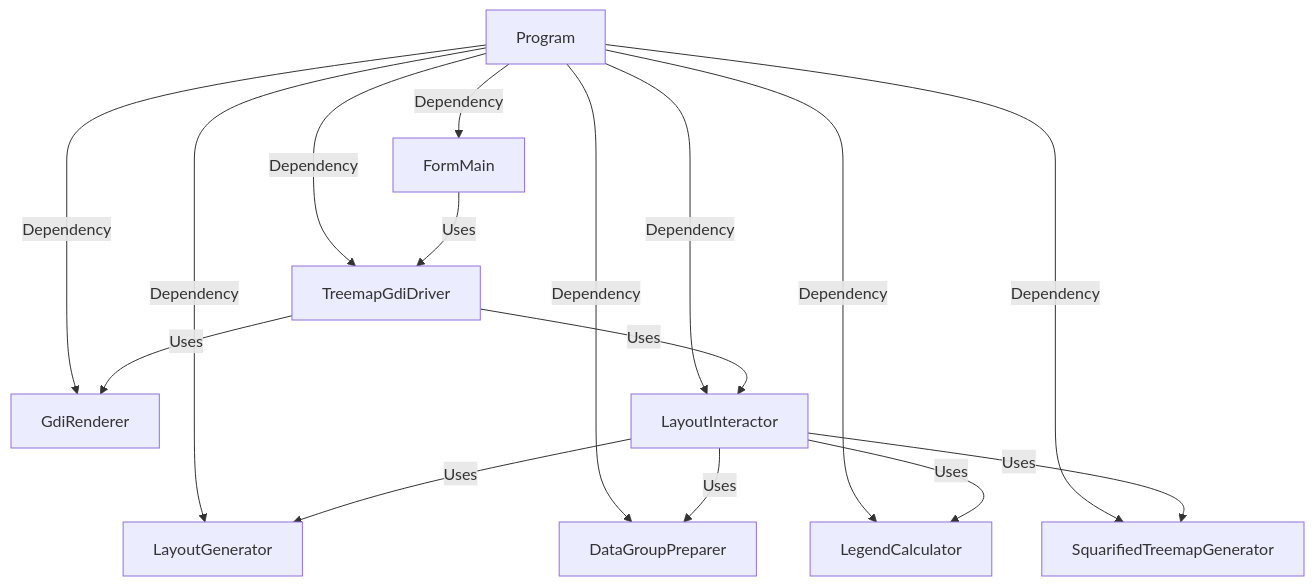
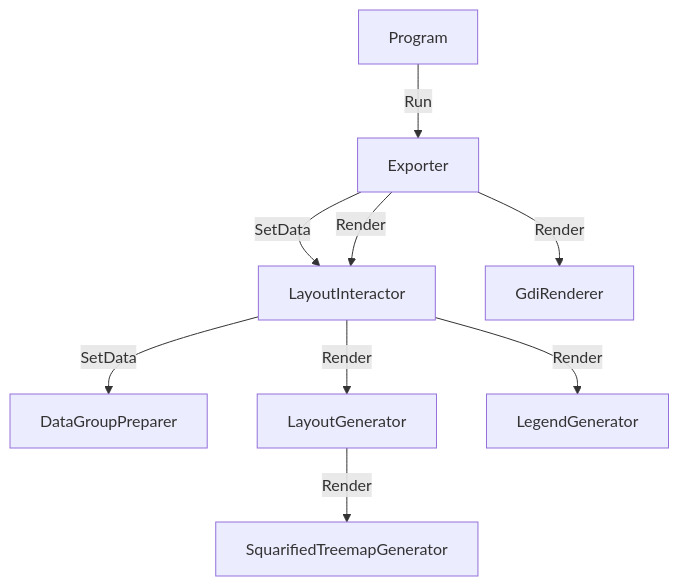
One commit to panda728/SquarifiedTreemapLayers changed the second of 2 diagrams in README.md. Above: the diagram before and after it, drawn with Mermaid. The commit also changed other lines of this file and 6 other files, not shown here.

````diff
--- a/README.md
+++ b/README.md
@@ -66,18 +59,11 @@
 ```mermaid
-graph TD;
-A[Program] -->|Dependency| B[FormMain] 
-A -->|Dependency| C[TreemapGdiDriver<T>] 
-A -->|Dependency| D[GdiRenderer] 
-A -->|Dependency| E[LayoutInteractor<T>] 
-A -->|Dependency| F[LayoutGenerator<T>] 
-A -->|Dependency| G[DataGroupPreparer<T>] 
-A -->|Dependency| H[LegendCalculator] 
-A -->|Dependency| I[SquarifiedTreemapGenerator]
-B -->|Uses| C
-C -->|Uses| D
-C -->|Uses| E
-E -->|Uses| F
-E -->|Uses| G
-E -->|Uses| H
-E -->|Uses| I
+graph TD 
+A[Program] -->|Run| B[Exporter] 
+B -->|SetData| C[LayoutInteractor<T>] 
+C -->|SetData| D[DataGroupPreparer<T>]
+B --> |Render| C
+C -->|Render| E[LayoutGenerator<T>] 
+E -->|Render| F[SquarifiedTreemapGenerator] 
+C -->|Render| G[LegendGenerator]
+B -->|Render| H[GdiRenderer] 
 ```
````
